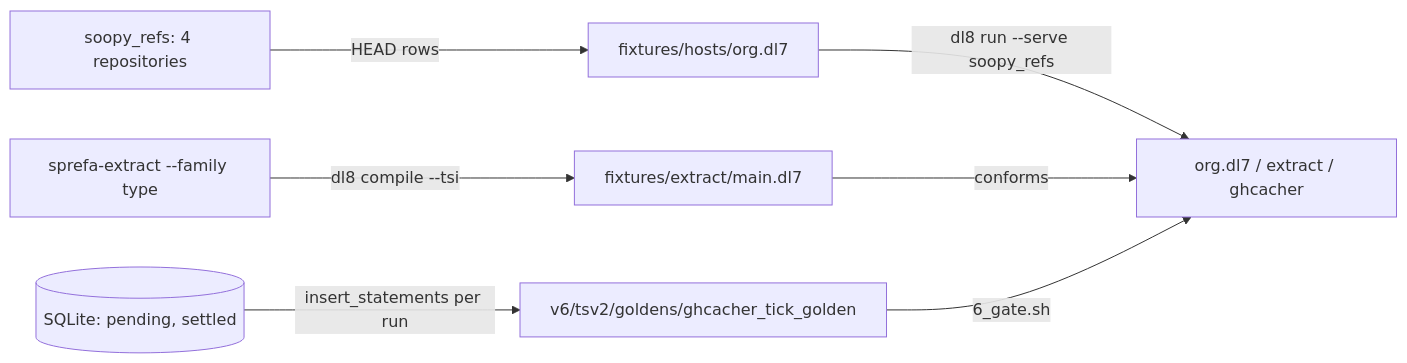
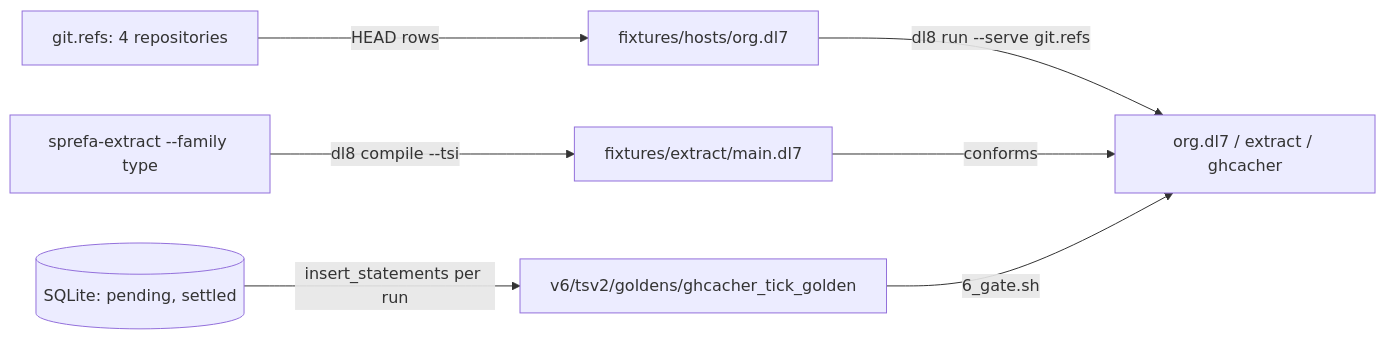
The diagram in book/src/15_demos.md (hafley66/sprefa), drawn with Mermaid before and after one commit. The commit also changed other lines of this file and 19 other files, not shown here.

````diff
--- a/book/src/15_demos.md
+++ b/book/src/15_demos.md
@@ -5,9 +5,9 @@
 ```mermaid
 flowchart LR
   store[(SQLite: pending, settled)] -->|insert_statements per run| golden[v6/tsv2/goldens/ghcacher_tick_golden]
-  refs[soopy_refs: 4 repositories] -->|HEAD rows| org[fixtures/hosts/org.dl7]
+  refs[git.refs: 4 repositories] -->|HEAD rows| org[fixtures/hosts/org.dl7]
   extractbin[sprefa-extract --family type] -->|dl8 compile --tsi| main[fixtures/extract/main.dl7]
-  org -->|dl8 run --serve soopy_refs| demo[org.dl7 / extract / ghcacher]
+  org -->|dl8 run --serve git.refs| demo[org.dl7 / extract / ghcacher]
   main -->|conforms| demo
   golden -->|6_gate.sh| demo
 ```
````
